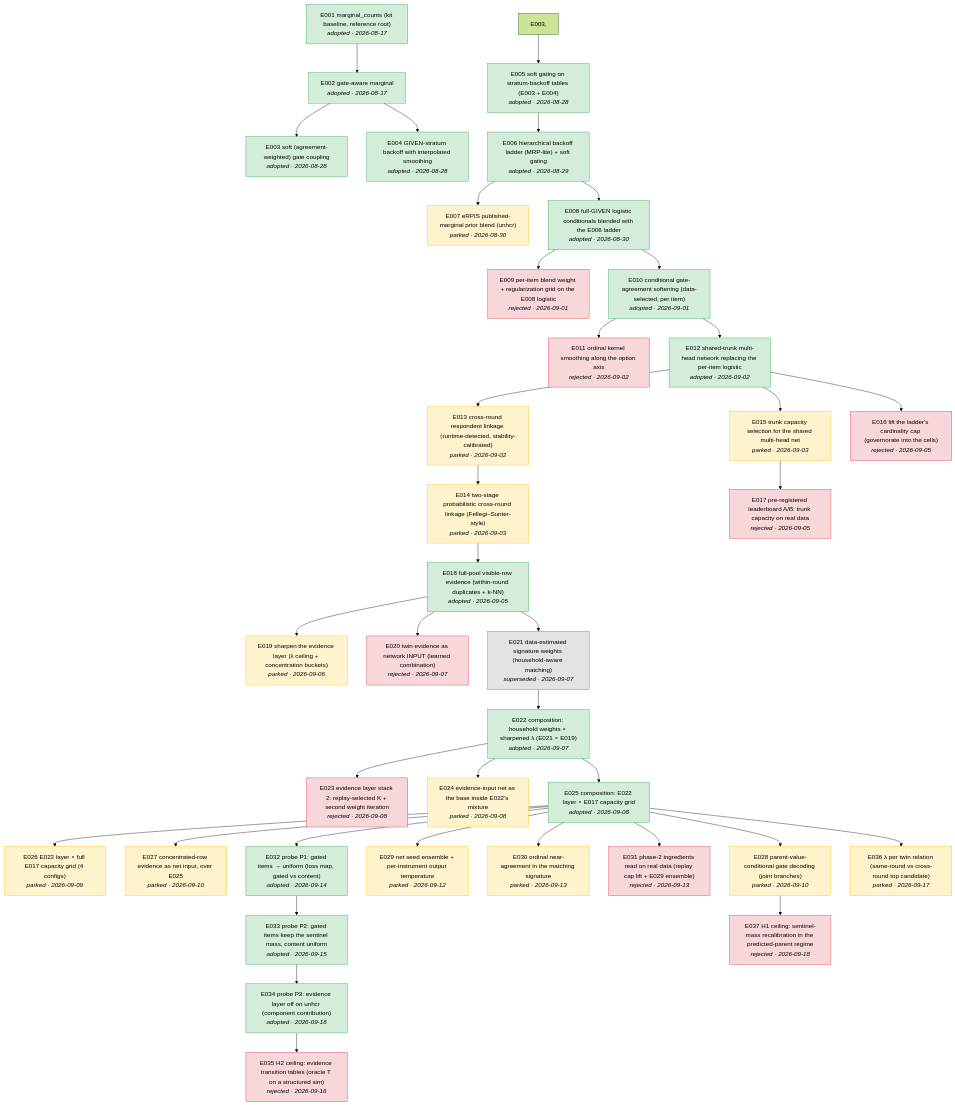
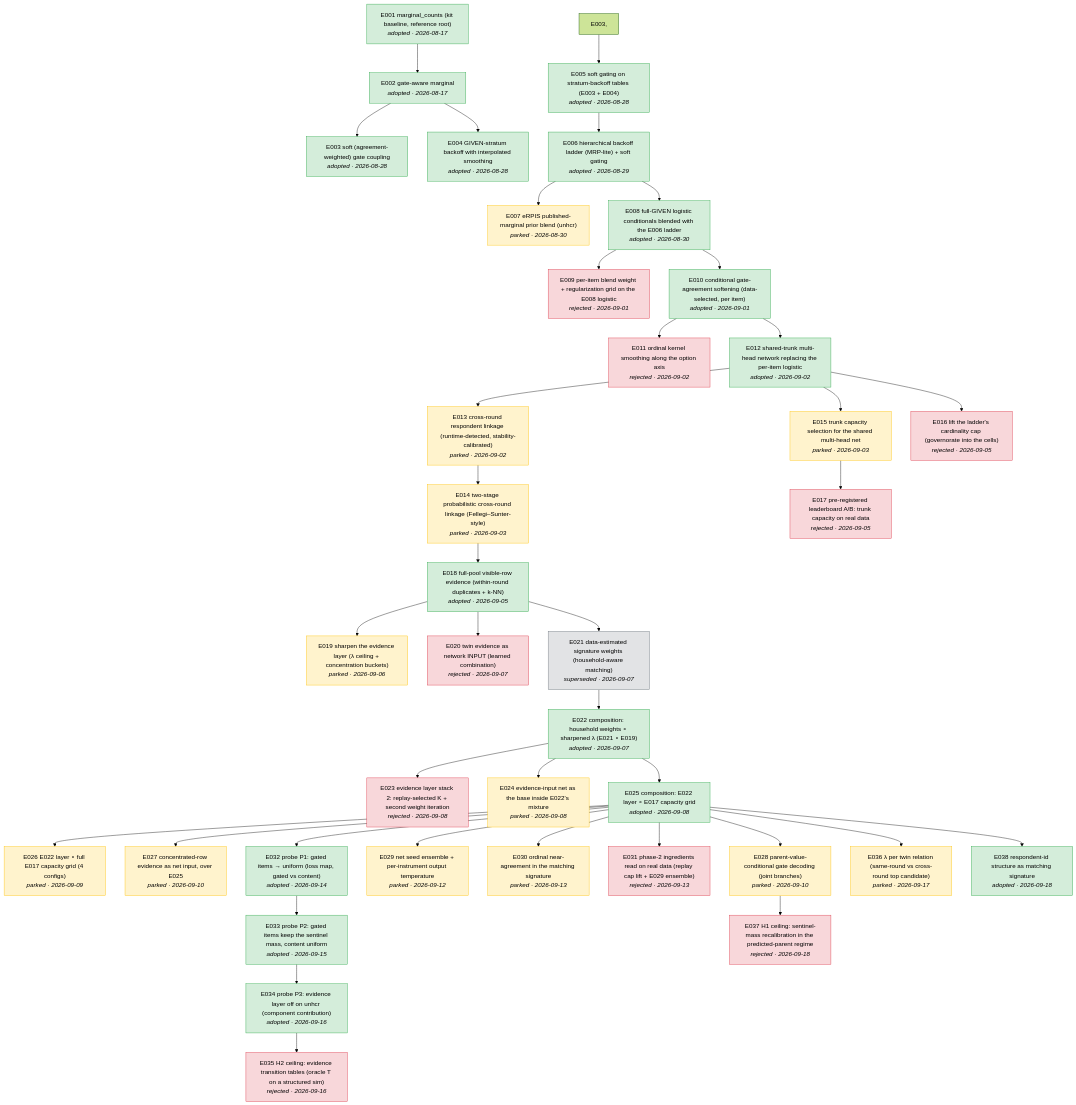
The diagram in docs/tree.md (joon56/Simulacrabench-NeurIPS-2026-), drawn with Mermaid (forest theme) before and after one commit. The commit also changed 7 other files, not shown here.

Commit message:
E038: respondent-id structure as matching signature (FS-weighted id-derived columns, evidence guard, id-confirmed λ bucket); keyed recall sim +0.0108, sandbox parity; submission #23

```diff
--- a/docs/tree.md
+++ b/docs/tree.md
@@ -77,8 +77,10 @@
     E025 --> E036
     E037["E037 H1 ceiling: sentinel-mass recalibration in the predicted-parent regime<br/><i>rejected · 2026-09-18</i>"]
     E028 --> E037
+    E038["E038 respondent-id structure as matching signature<br/><i>adopted · 2026-09-18</i>"]
+    E025 --> E038
     classDef adopted fill:#d4edda,stroke:#28a745
-    class E001,E002,E003,E004,E005,E006,E008,E010,E012,E018,E022,E025,E032,E033,E034 adopted
+    class E001,E002,E003,E004,E005,E006,E008,E010,E012,E018,E022,E025,E032,E033,E034,E038 adopted
     classDef rejected fill:#f8d7da,stroke:#dc3545
     class E009,E011,E016,E017,E020,E023,E031,E035,E037 rejected
     classDef parked fill:#fff3cd,stroke:#ffc107
```
